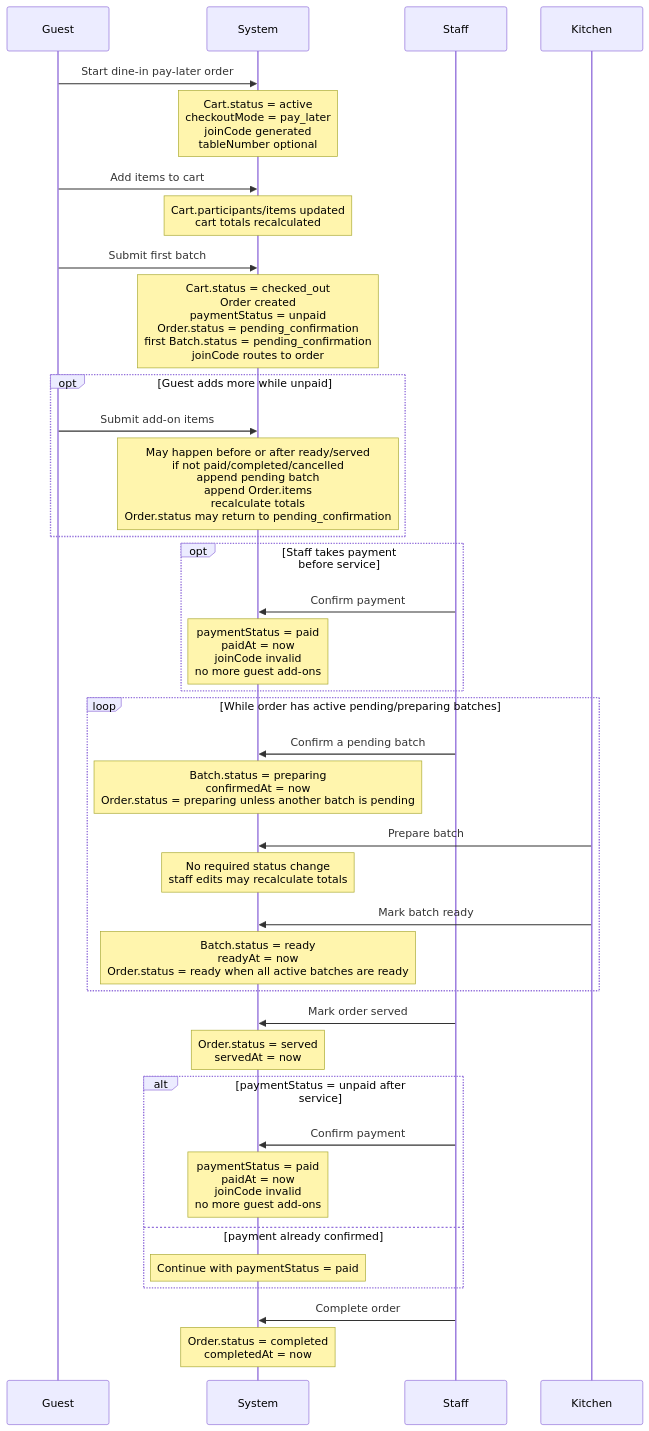
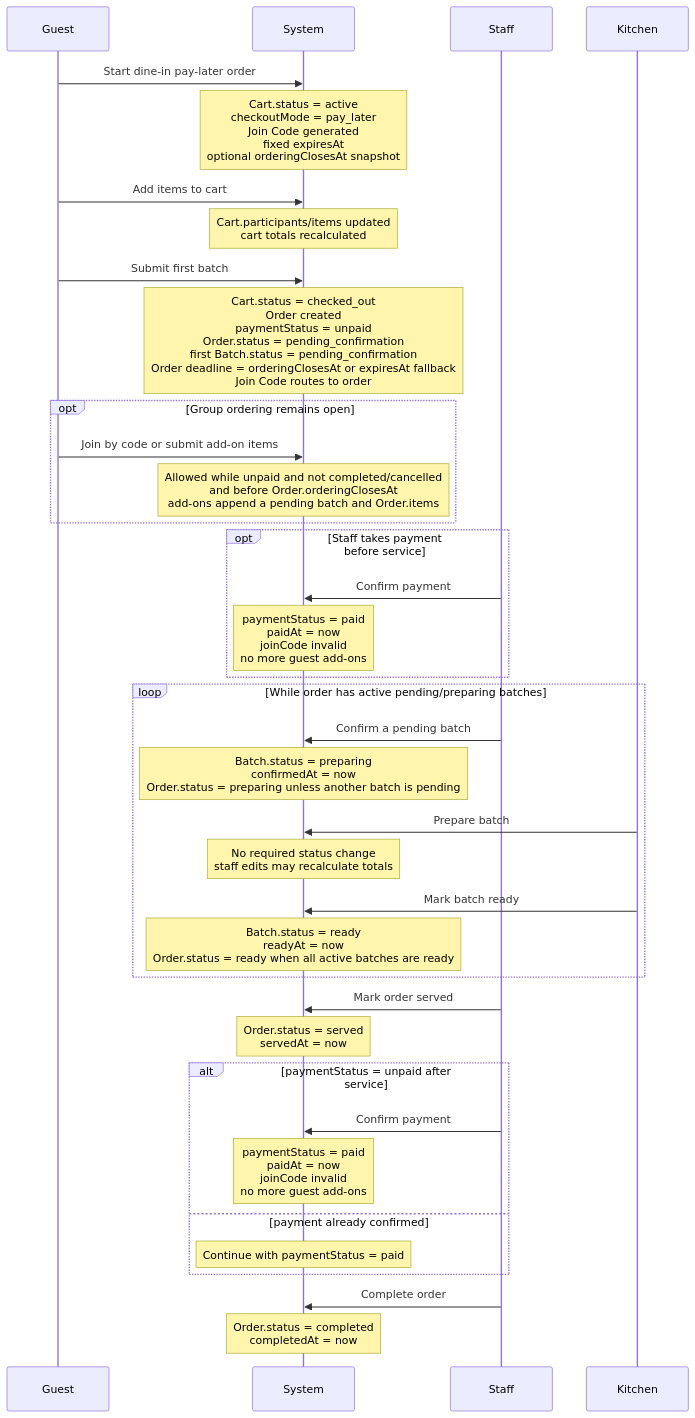
Before and after one commit to hyh009/ordering-platform: the third of 3 diagrams in docs/features/ordering-flow.md, drawn with Mermaid. The commit also changed other lines of this file and 3 other files, not shown here.

Commit message:
docs: define guest group ordering lifecycle

````diff
--- a/docs/features/ordering-flow.md
+++ b/docs/features/ordering-flow.md
@@ -87,50 +89,50 @@
 ```mermaid
 sequenceDiagram
   participant Guest
   participant System
   participant Staff
   participant Kitchen
 
   Guest->>System: Start dine-in pay-later order
-  Note over System: Cart.status = active<br/>checkoutMode = pay_later<br/>joinCode generated<br/>tableNumber optional
+  Note over System: Cart.status = active<br/>checkoutMode = pay_later<br/>Join Code generated<br/>fixed expiresAt<br/>optional orderingClosesAt snapshot
 
   Guest->>System: Add items to cart
   Note over System: Cart.participants/items updated<br/>cart totals recalculated
 
   Guest->>System: Submit first batch
-  Note over System: Cart.status = checked_out<br/>Order created<br/>paymentStatus = unpaid<br/>Order.status = pending_confirmation<br/>first Batch.status = pending_confirmation<br/>joinCode routes to order
+  Note over System: Cart.status = checked_out<br/>Order created<br/>paymentStatus = unpaid<br/>Order.status = pending_confirmation<br/>first Batch.status = pending_confirmation<br/>Order deadline = orderingClosesAt or expiresAt fallback<br/>Join Code routes to order
 
-  opt Guest adds more while unpaid
-    Guest->>System: Submit add-on items
-    Note over System: May happen before or after ready/served<br/>if not paid/completed/cancelled<br/>append pending batch<br/>append Order.items<br/>recalculate totals<br/>Order.status may return to pending_confirmation
+  opt Group ordering remains open
+    Guest->>System: Join by code or submit add-on items
+    Note over System: Allowed while unpaid and not completed/cancelled<br/>and before Order.orderingClosesAt<br/>add-ons append a pending batch and Order.items
   end
 
   opt Staff takes payment before service
     Staff->>System: Confirm payment
     Note over System: paymentStatus = paid<br/>paidAt = now<br/>joinCode invalid<br/>no more guest add-ons
   end
 
   loop While order has active pending/preparing batches
     Staff->>System: Confirm a pending batch
     Note over System: Batch.status = preparing<br/>confirmedAt = now<br/>Order.status = preparing unless another batch is pending
 
     Kitchen->>System: Prepare batch
     Note over System: No required status change<br/>staff edits may recalculate totals
 
     Kitchen->>System: Mark batch ready
     Note over System: Batch.status = ready<br/>readyAt = now<br/>Order.status = ready when all active batches are ready
   end
 
   Staff->>System: Mark order served
   Note over System: Order.status = served<br/>servedAt = now
 
   alt paymentStatus = unpaid after service
     Staff->>System: Confirm payment
     Note over System: paymentStatus = paid<br/>paidAt = now<br/>joinCode invalid<br/>no more guest add-ons
   else payment already confirmed
     Note over System: Continue with paymentStatus = paid
   end
 
   Staff->>System: Complete order
   Note over System: Order.status = completed<br/>completedAt = now
 ```
````
